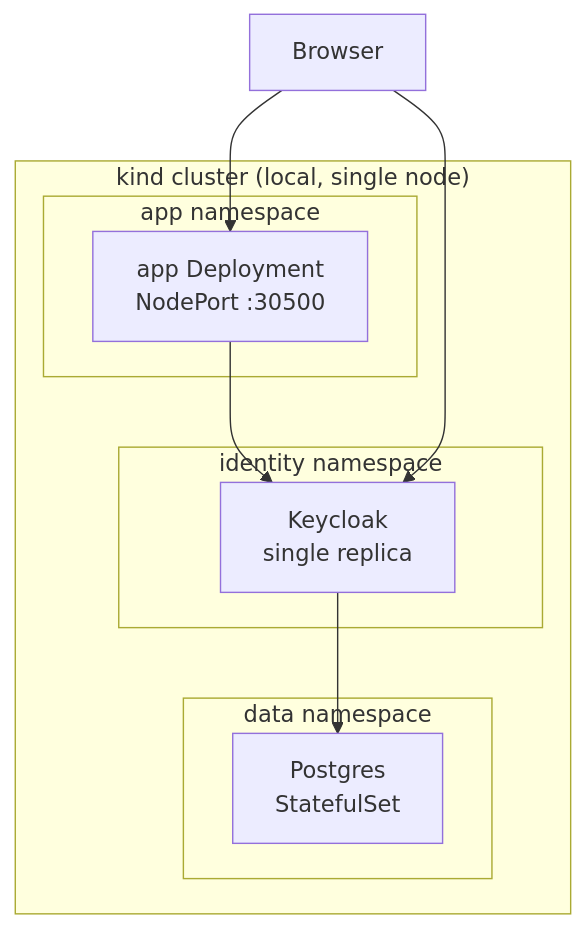
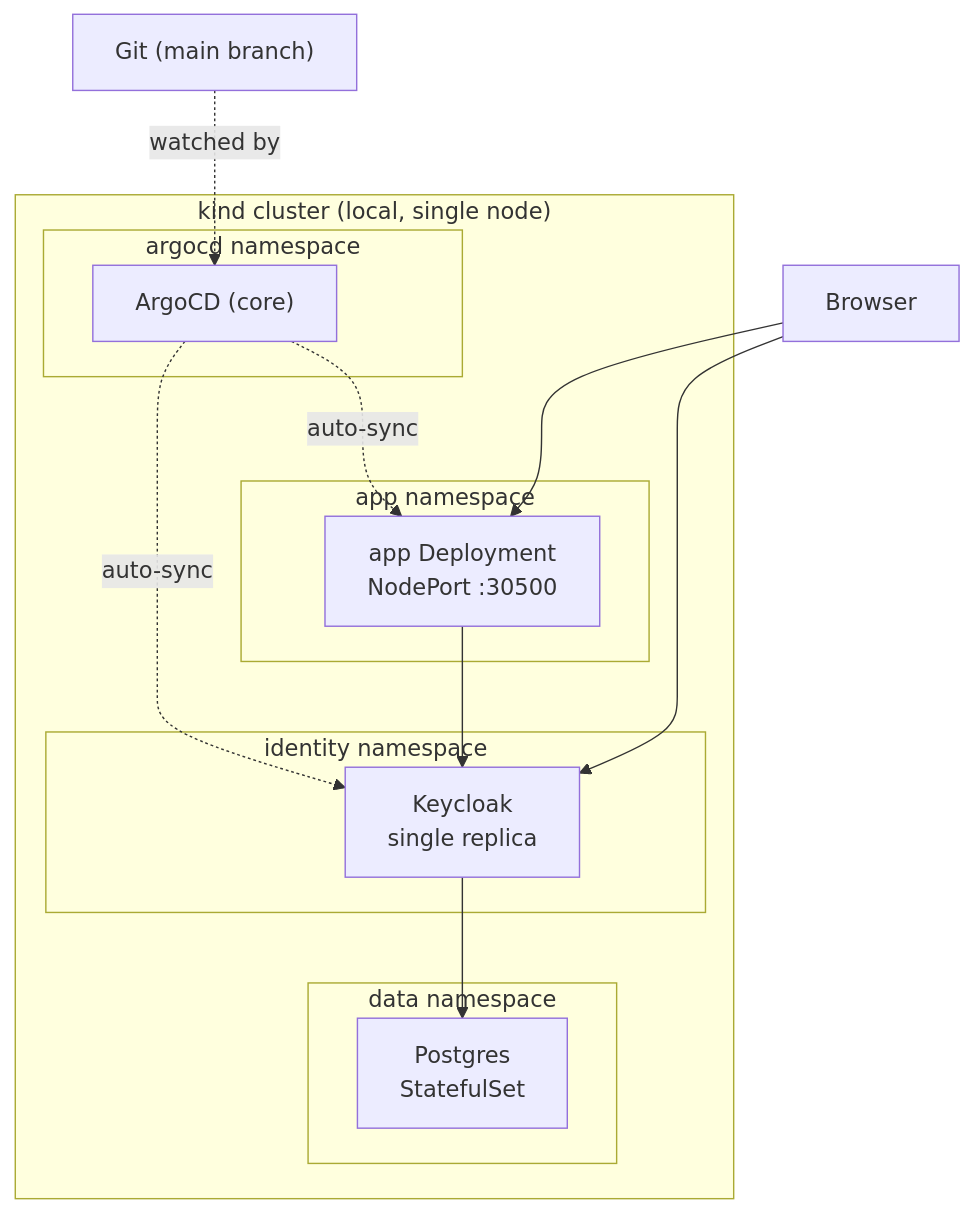
Before and after one commit to antoan-a-ignatov/k8s-identity-observability-platform: the diagram in README.md, drawn with Mermaid. The commit also changed other lines of this file and 3 other files, not shown here.

````diff
--- a/README.md
+++ b/README.md
@@ -48,21 +49,28 @@
 ```mermaid
 graph TB
     Browser["Browser"]
+    Git["Git (main branch)"]
 
     subgraph cluster["kind cluster (local, single node)"]
+        subgraph argocdns["argocd namespace"]
+            ArgoCD["ArgoCD (core)"]
+        end
         subgraph appns["app namespace"]
             App["app Deployment<br/>NodePort :30500"]
         end
         subgraph identityns["identity namespace"]
             Keycloak["Keycloak<br/>single replica"]
         end
         subgraph datans["data namespace"]
             Postgres["Postgres<br/>StatefulSet"]
         end
+        ArgoCD -.auto-sync.-> App
+        ArgoCD -.auto-sync.-> Keycloak
         App --> Keycloak
         Keycloak --> Postgres
     end
 
+    Git -.watched by.-> ArgoCD
     Browser --> App
     Browser --> Keycloak
 ```
````
